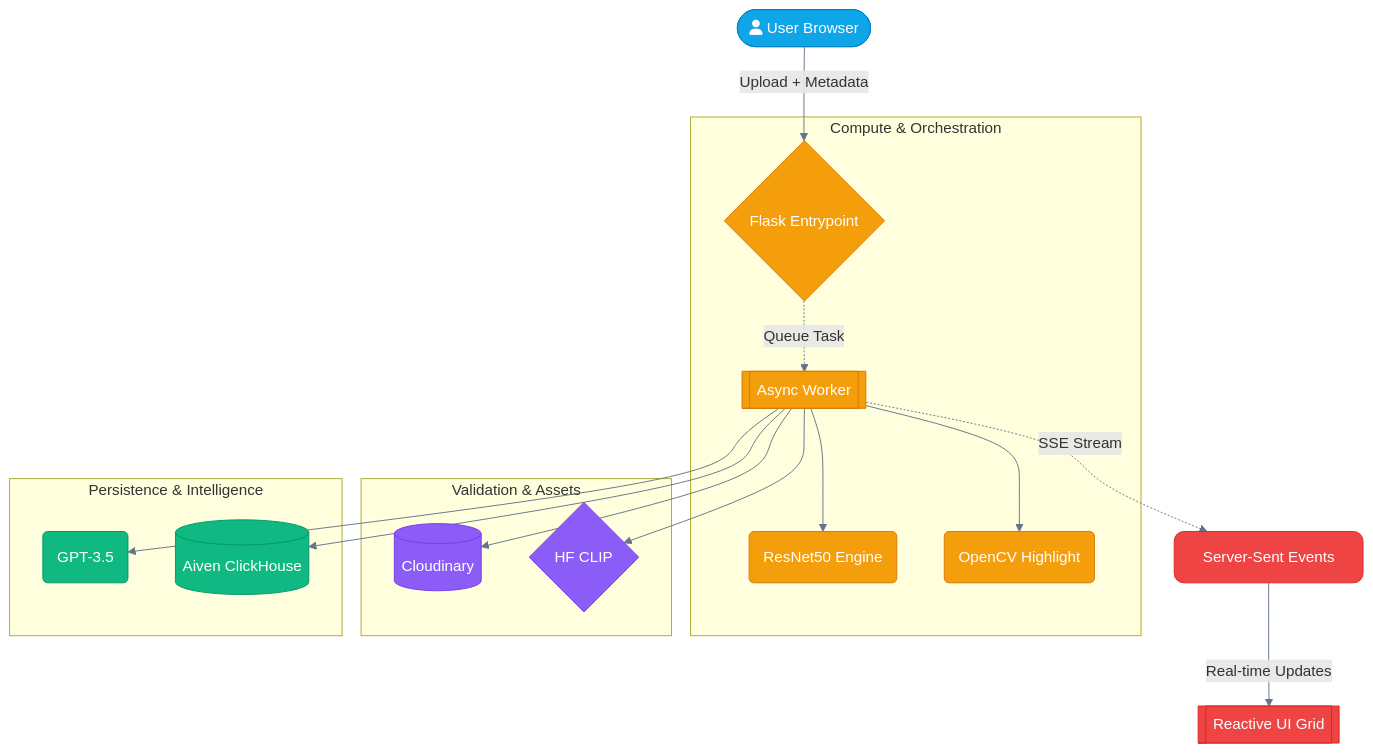
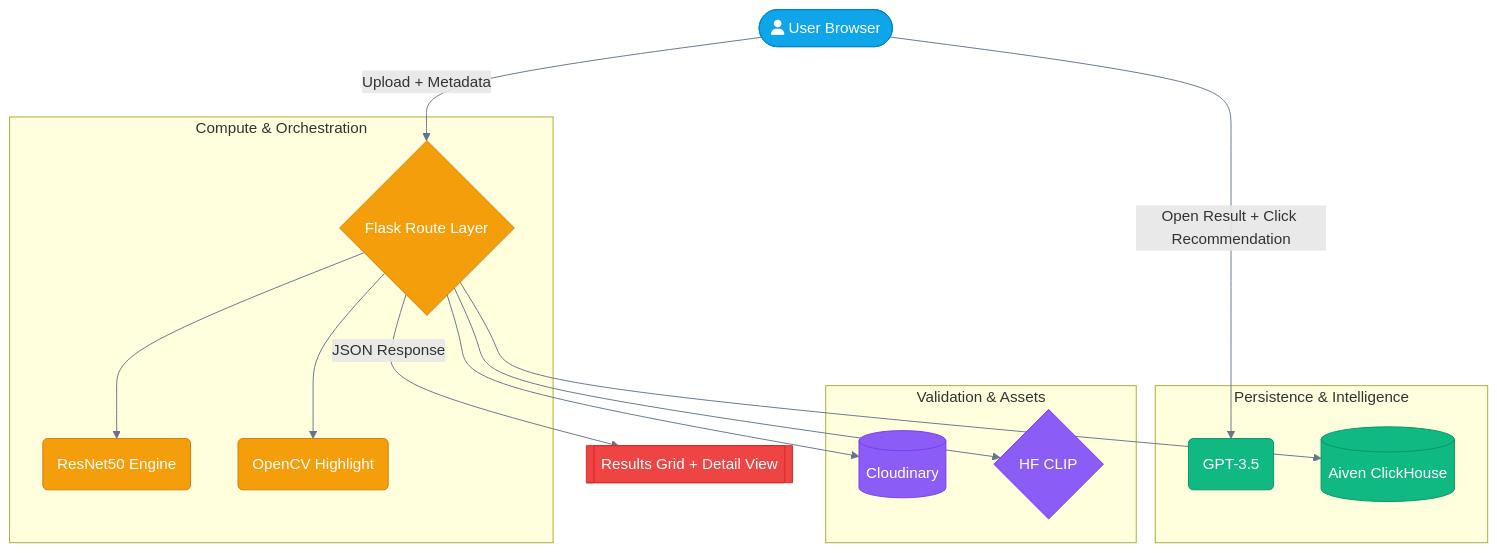
Before and after one commit to rautaditya2606/wheat_detection: the diagram in README.md, drawn with Mermaid. The commit also changed other lines of this file, not shown here.

````diff
--- a/README.md
+++ b/README.md
@@ -24,46 +24,43 @@
 ```mermaid
 graph TB
     %% Enhanced Style Definitions
     classDef userNode fill:#0ea5e9,stroke:#0284c7,stroke-width:1px,color:#fff,rx:10,ry:10;
     classDef backendNode fill:#f59e0b,stroke:#d97706,stroke-width:1px,color:#fff,rx:5,ry:5;
     classDef storageNode fill:#8b5cf6,stroke:#7c3aed,stroke-width:1px,color:#fff,rx:5,ry:5;
     classDef intelligenceNode fill:#10b981,stroke:#059669,stroke-width:1px,color:#fff,rx:5,ry:5;
-    classDef sseNode fill:#ef4444,stroke:#dc2626,stroke-width:1px,color:#fff,rx:10,ry:10;
+    classDef uiNode fill:#ef4444,stroke:#dc2626,stroke-width:1px,color:#fff,rx:10,ry:10;
 
     %% Nodes
     User([fa:fa-user User Browser]):::userNode
     
     subgraph "Compute & Orchestration"
-        Backend{Flask Entrypoint}:::backendNode
-        Worker[[Async Worker]]:::backendNode
+        Backend{Flask Route Layer}:::backendNode
         ResNet(ResNet50 Engine):::backendNode
         OpenCV(OpenCV Highlight):::backendNode
     end
 
     subgraph "Validation & Assets"
         Cloudinary[(Cloudinary)]:::storageNode
         CLIP{HF CLIP}:::storageNode
     end
 
     subgraph "Persistence & Intelligence"
         LLM(GPT-3.5):::intelligenceNode
         ClickHouse[(Aiven ClickHouse)]:::intelligenceNode
     end
 
-    Response[[Reactive UI Grid]]:::sseNode
+    Response[[Results Grid + Detail View]]:::uiNode
 
     %% Styled Connections
     User ==>|Upload + Metadata| Backend
-    Backend -.->|Queue Task| Worker
-    Worker --> ResNet
-    Worker --> OpenCV
-    Worker --> Cloudinary
-    Worker --> CLIP
-    Worker --> LLM
-    Worker --> ClickHouse
-    Worker -.->|SSE Stream| SSE[Server-Sent Events]:::sseNode
-    SSE ==>|Real-time Updates| Response
+    Backend --> Cloudinary
+    Backend --> CLIP
+    Backend --> ResNet
+    Backend --> OpenCV
+    Backend --> ClickHouse
+    User ==>|Open Result + Click Recommendation| LLM
+    Backend ==>|JSON Response| Response
 
     %% Global Link Styling
     linkStyle default stroke:#64748b,stroke-width:1px,transition:0.3s;
 ```
````
